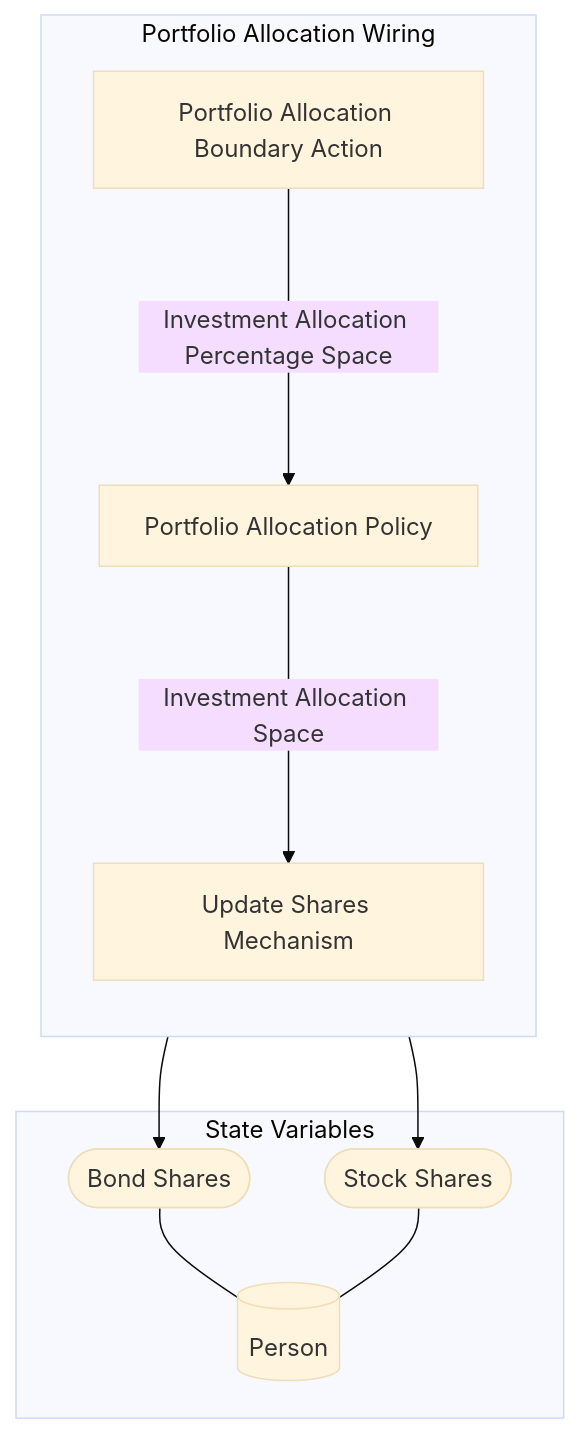
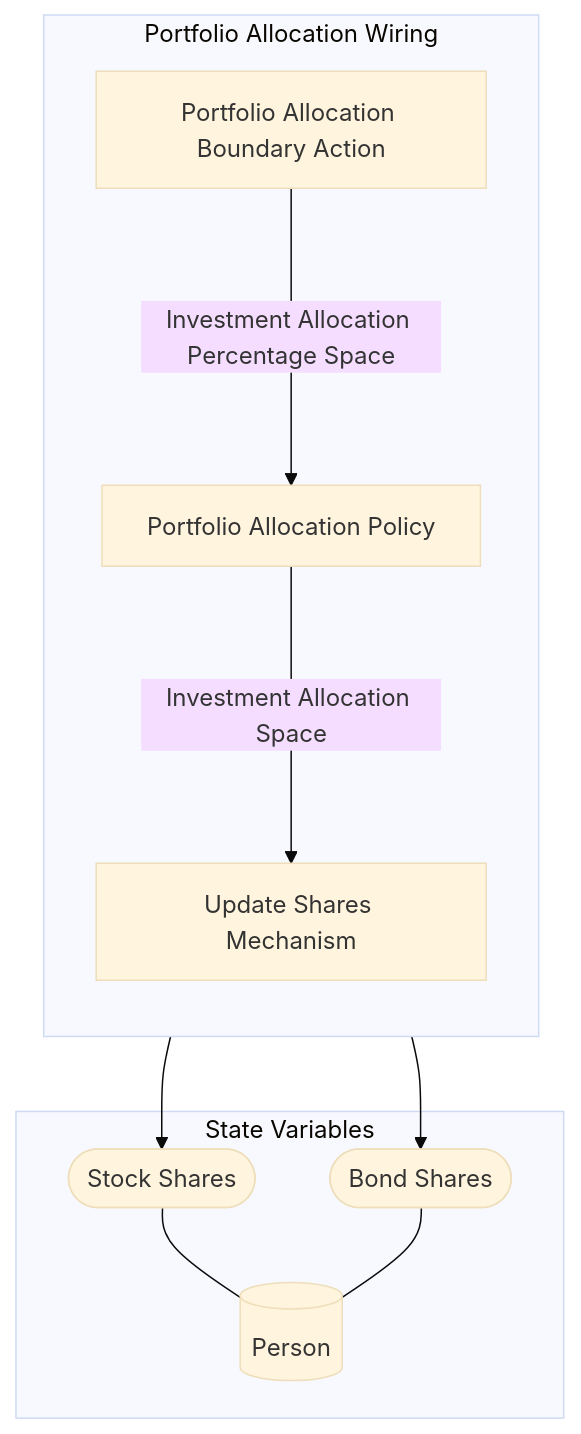
One commit to BlockScience/MSML changed the diagram in examples/RetirementPlanning/reports/Markdown/Wiring/Portfolio Allocation Wiring.md. Above: the diagram before and after it, drawn with Mermaid (base theme). The commit also changed other lines of this file and 8 other files, not shown here.

````diff
--- a/examples/RetirementPlanning/reports/Markdown/Wiring/Portfolio Allocation Wiring.md
+++ b/examples/RetirementPlanning/reports/Markdown/Wiring/Portfolio Allocation Wiring.md
@@ -3,22 +3,22 @@
 ```mermaid
 graph TB
 
 subgraph SVS["State Variables"]
 EE0[("Person")]
-EES0(["Bond Shares"])
+EES0(["Stock Shares"])
 EES0 --- EE0
-EES1(["Stock Shares"])
+EES1(["Bond Shares"])
 EES1 --- EE0
 end
 
 subgraph X4["Portfolio Allocation Wiring"]
 direction TB
 X1["Portfolio Allocation Boundary Action"]
 X2["Portfolio Allocation Policy"]
 X3["Update Shares Mechanism"]
+X3 --> EES0
 X3 --> EES1
-X3 --> EES0
 X1--"Investment Allocation Percentage Space"--->X2
 X2--"Investment Allocation Space"--->X3
 end
 ```
````
